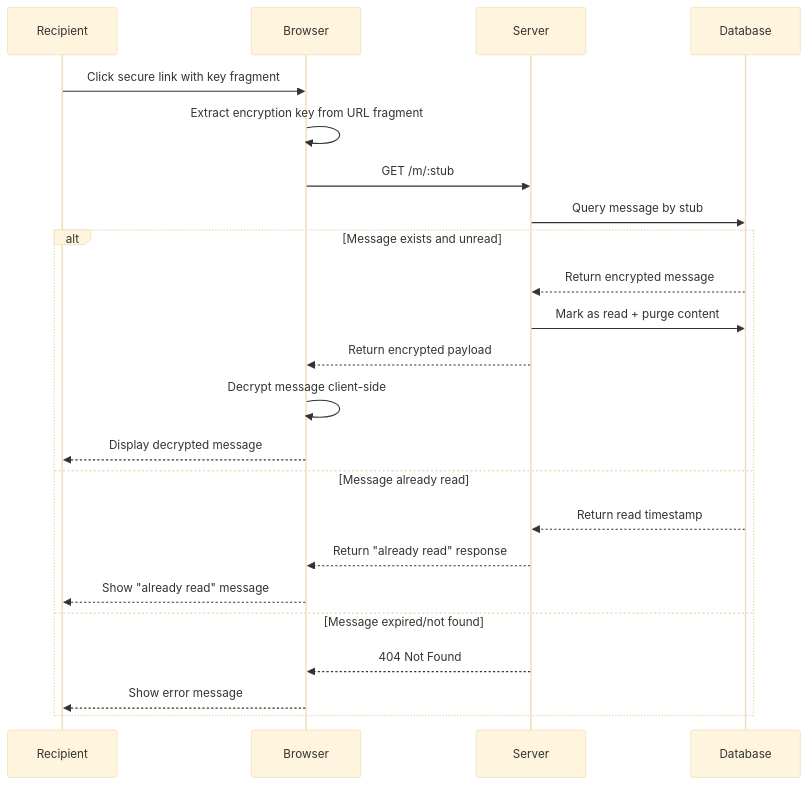
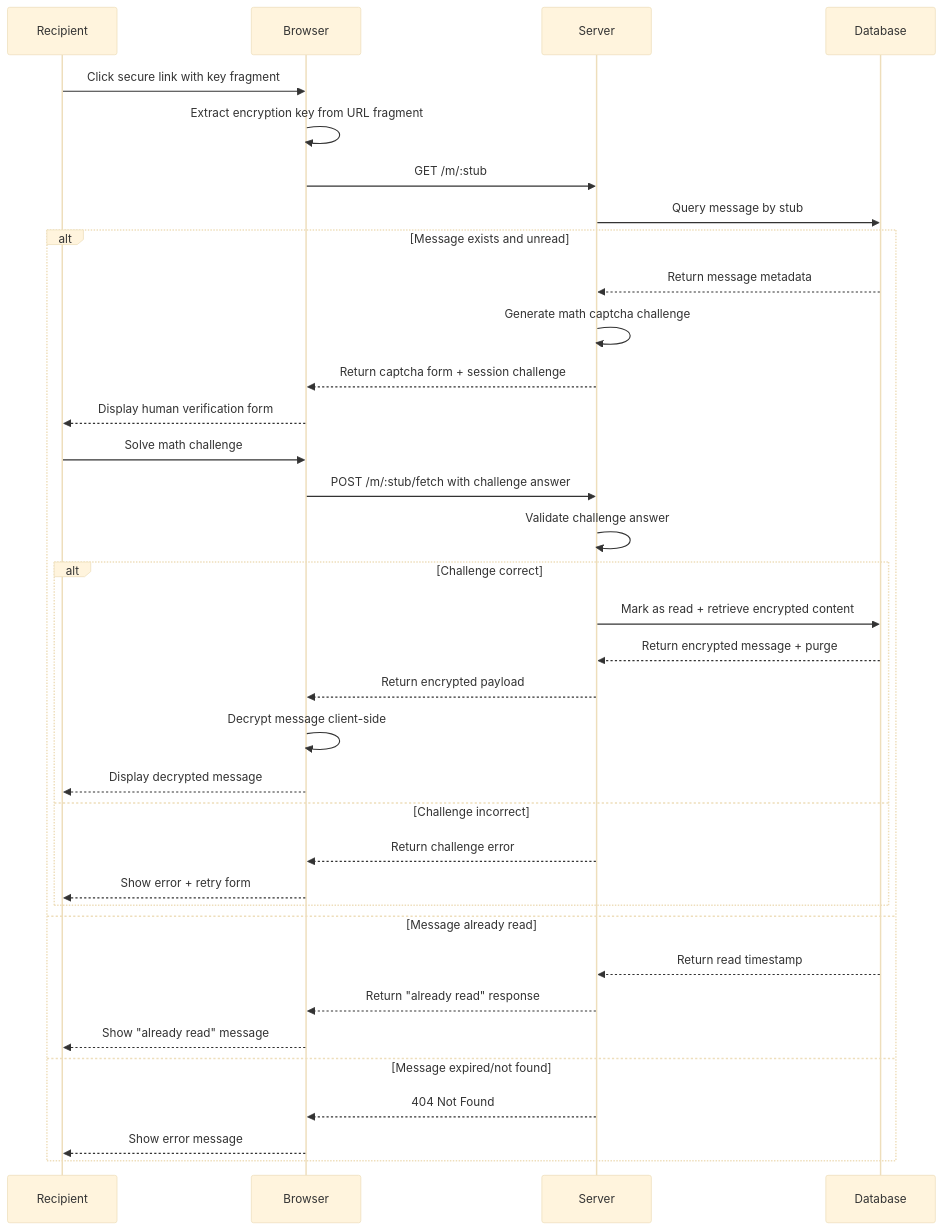
The second of 5 diagrams in README.md (johanns/Celox), drawn with Mermaid (base theme) before and after one commit. The commit also changed other lines of this file and 1 other file, not shown here.

Commit message:
doc: add detailed breakdown of app and its architecture

````diff
--- a/README.md
+++ b/README.md
@@ -181,26 +208,38 @@
 ```mermaid
 sequenceDiagram
     participant Recipient
     participant Browser
     participant Server
     participant Database
 
     Recipient->>Browser: Click secure link with key fragment
     Browser->>Browser: Extract encryption key from URL fragment
     Browser->>Server: GET /m/:stub
     Server->>Database: Query message by stub
     alt Message exists and unread
-        Database-->>Server: Return encrypted message
-        Server->>Database: Mark as read + purge content
-        Server-->>Browser: Return encrypted payload
-        Browser->>Browser: Decrypt message client-side
-        Browser-->>Recipient: Display decrypted message
+        Database-->>Server: Return message metadata
+        Server->>Server: Generate math captcha challenge
+        Server-->>Browser: Return captcha form + session challenge
+        Browser-->>Recipient: Display human verification form
+        Recipient->>Browser: Solve math challenge
+        Browser->>Server: POST /m/:stub/fetch with challenge answer
+        Server->>Server: Validate challenge answer
+        alt Challenge correct
+            Server->>Database: Mark as read + retrieve encrypted content
+            Database-->>Server: Return encrypted message + purge
+            Server-->>Browser: Return encrypted payload
+            Browser->>Browser: Decrypt message client-side
+            Browser-->>Recipient: Display decrypted message
+        else Challenge incorrect
+            Server-->>Browser: Return challenge error
+            Browser-->>Recipient: Show error + retry form
+        end
     else Message already read
         Database-->>Server: Return read timestamp
         Server-->>Browser: Return "already read" response
         Browser-->>Recipient: Show "already read" message
     else Message expired/not found
         Server-->>Browser: 404 Not Found
         Browser-->>Recipient: Show error message
     end
 ```
````
